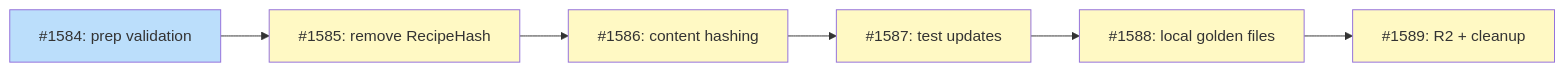
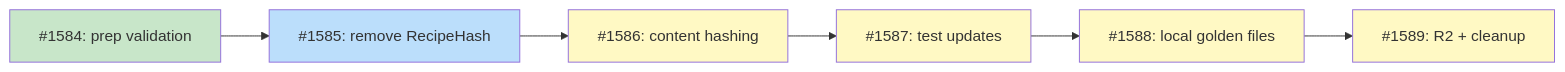
Before and after one commit to tsukumogami/tsuku: the diagram in docs/designs/DESIGN-plan-hash-removal.md, drawn with Mermaid.

Commit message:
docs: update diagram to mark #1584 as done

````diff
--- a/docs/designs/DESIGN-plan-hash-removal.md
+++ b/docs/designs/DESIGN-plan-hash-removal.md
@@ -347,23 +347,24 @@
 ```mermaid
 graph LR
     I1584["#1584: prep validation"]
     I1585["#1585: remove RecipeHash"]
     I1586["#1586: content hashing"]
     I1587["#1587: test updates"]
     I1588["#1588: local golden files"]
     I1589["#1589: R2 + cleanup"]
 
     I1584 --> I1585
     I1585 --> I1586
     I1586 --> I1587
     I1587 --> I1588
     I1588 --> I1589
 
     classDef done fill:#c8e6c9
     classDef ready fill:#bbdefb
     classDef blocked fill:#fff9c4
     classDef needsDesign fill:#e1bee7
 
-    class I1584 ready
-    class I1585,I1586,I1587,I1588,I1589 blocked
+    class I1584 done
+    class I1585 ready
+    class I1586,I1587,I1588,I1589 blocked
 ```
````
